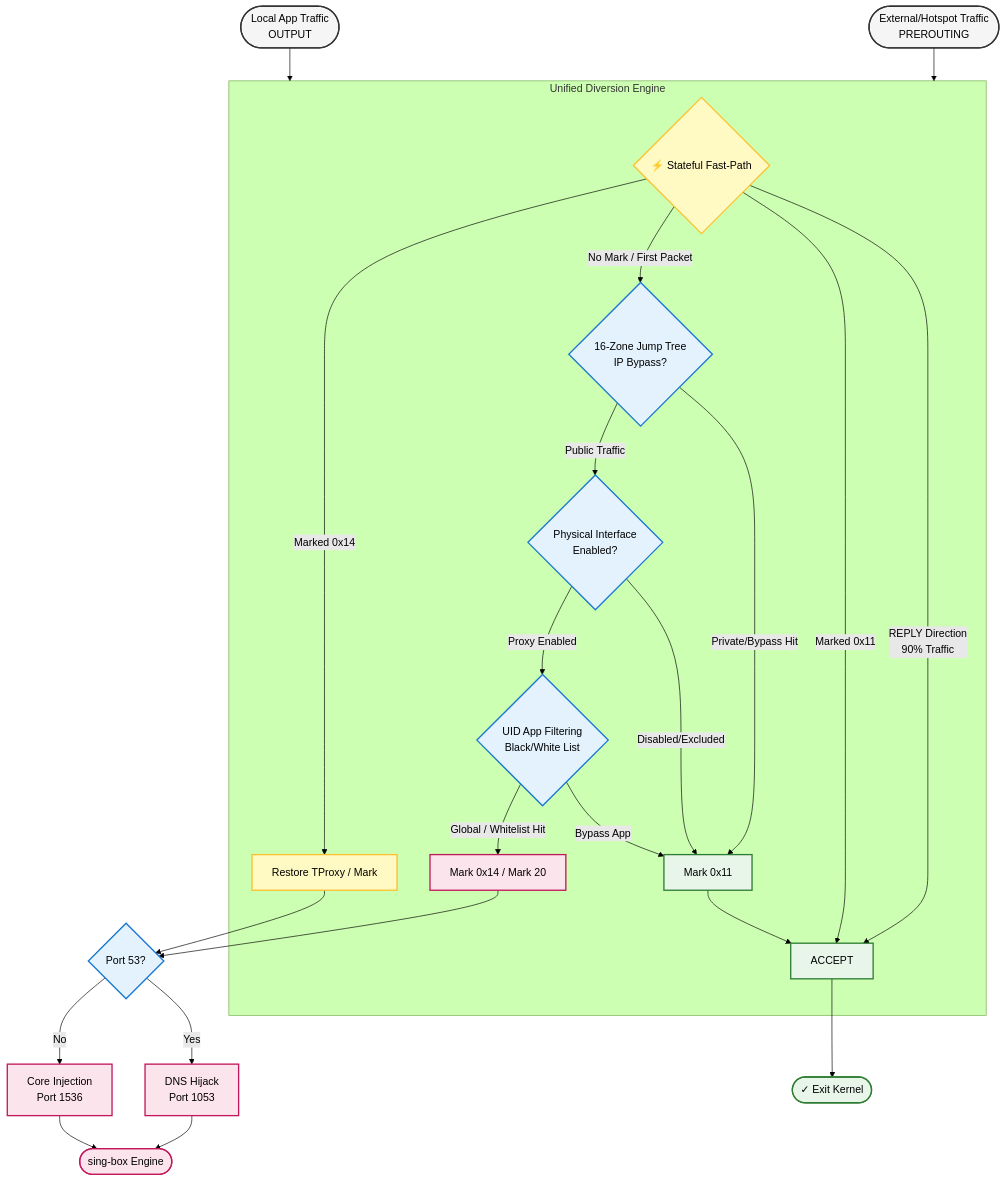
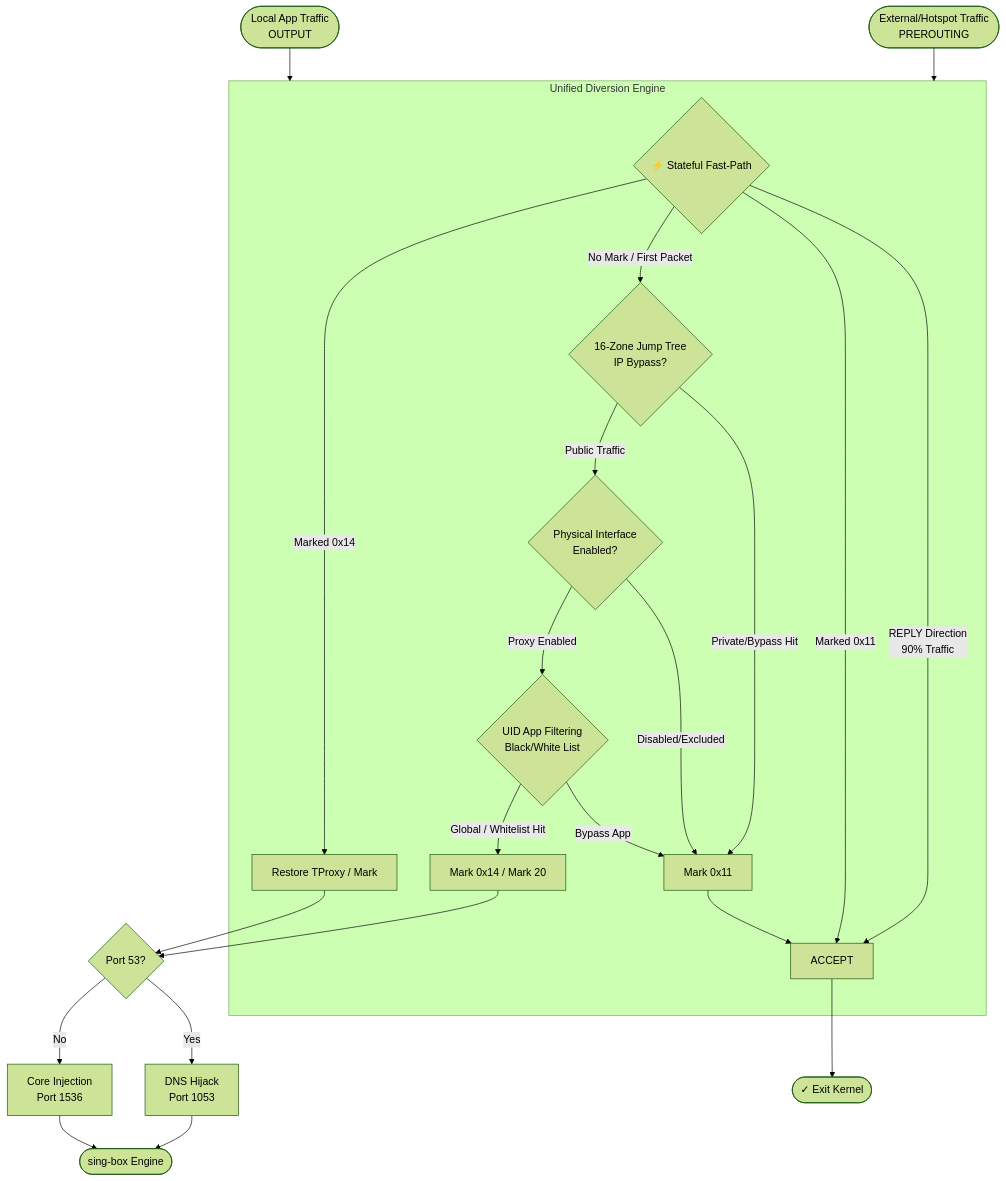
Before and after one commit to Chth1z/Flux: the second of 2 diagrams in README.md, drawn with Mermaid (forest theme). The commit also changed other lines of this file and 25 other files, not shown here.

````diff
--- a/README.md
+++ b/README.md
@@ -179,54 +120,41 @@
 ```mermaid
 graph TD
-    %% Style Definitions
-    classDef entry fill:#f5f5f5,stroke:#333,stroke-width:2px
-    classDef fast fill:#fff9c4,stroke:#fbc02d,stroke-width:2px
-    classDef slow fill:#e3f2fd,stroke:#1976d2,stroke-width:2px
-    classDef bypass fill:#e8f5e9,stroke:#2e7d32,stroke-width:2px
-    classDef proxy fill:#fce4ec,stroke:#c2185b,stroke-width:2px
-
     %% Entry Points
     In_Pre([External/Hotspot Traffic<br/>PREROUTING]) --> Common
     In_Out([Local App Traffic<br/>OUTPUT]) --> Common
 
     subgraph Common [Unified Diversion Engine]
         %% Layer 1: ⚡ Fast-Path
         Fast{⚡ Stateful Fast-Path}
         
         Fast -->|REPLY Direction<br/>90% Traffic| ACCEPT
         Fast -->|Marked 0x11| ACCEPT
         Fast -->|Marked 0x14| Recovery[Restore TProxy / Mark]
 
         %% Layer 2: 🐢 Decision Path (New Conn)
         Fast -- "No Mark / First Packet" --> IP_Jump{16-Zone Jump Tree<br/>IP Bypass?}
         
         IP_Jump -->|Private/Bypass Hit| Set_Bypass[Mark 0x11]
         
         IP_Jump -- "Public Traffic" --> Iface{Physical Interface<br/>Enabled?}
         
         Iface -->|Disabled/Excluded| Set_Bypass
         
         Iface -- "Proxy Enabled" --> App{UID App Filtering<br/>Black/White List}
         
         App -->|Bypass App| Set_Bypass
         App -->|Global / Whitelist Hit| Set_Proxy[Mark 0x14 / Mark 20]
     end
 
     %% Exit Points
     Set_Bypass --> ACCEPT
     Set_Proxy --> DNS{Port 53?}
     Recovery --> DNS
 
     DNS -->|Yes| Hijack[DNS Hijack<br/>Port 1053]
     DNS -->|No| Final[Core Injection<br/>Port 1536]
 
     Hijack --> Sink([sing-box Engine])
     Final --> Sink
     ACCEPT --> End([✓ Exit Kernel])
-
-    class In_Pre,In_Out entry
-    class Fast,Recovery fast
-    class IP_Jump,Iface,App,DNS slow
-    class ACCEPT,Set_Bypass,End bypass
-    class Set_Proxy,Hijack,Final,Sink proxy
 ```
````
